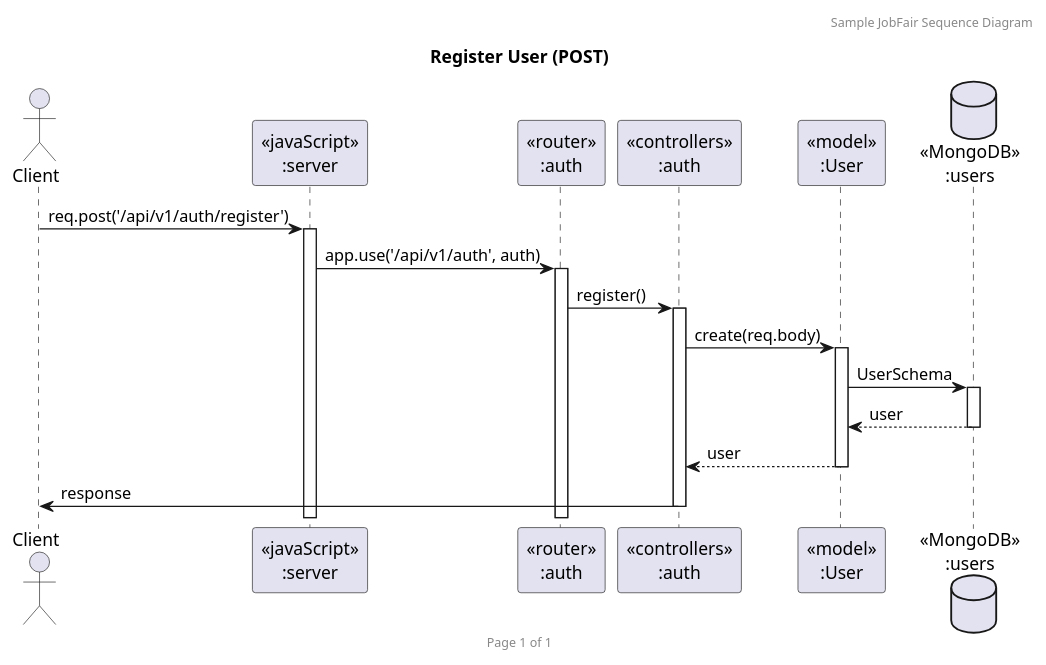
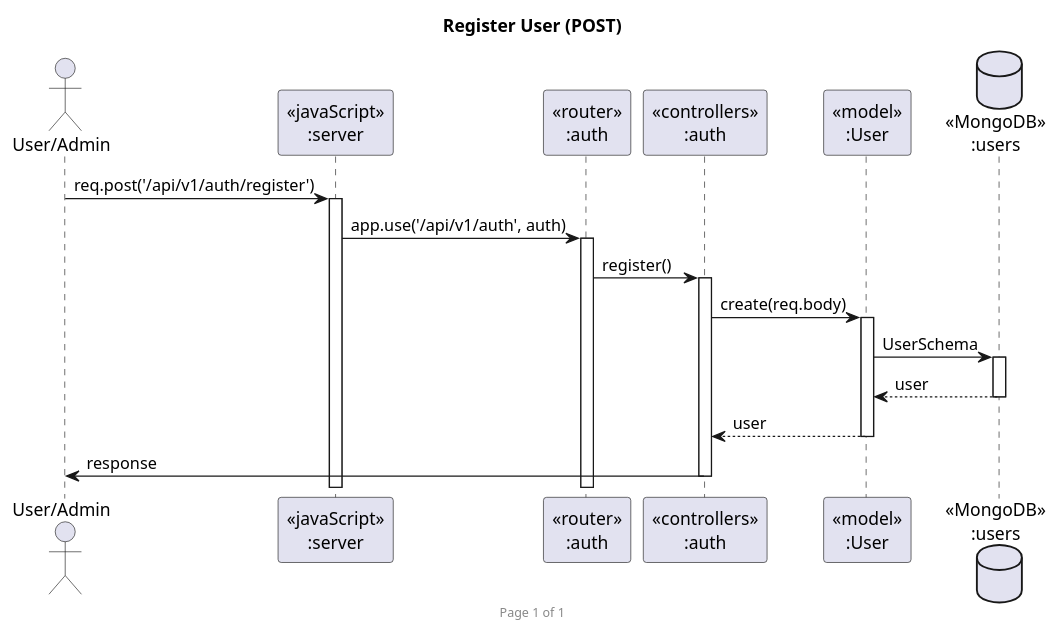
Before and after one commit to 2110503-CEDT68/be-project-68-vacq: the first of 15 diagrams in uml/sequence-diagram.puml, drawn with PlantUML. The commit also changed other lines of this file and 27 other files, not shown here.

Commit message:
Edit sequence diagram

```diff
--- a/uml/sequence-diagram.puml
+++ b/uml/sequence-diagram.puml
@@ -1,23 +1,22 @@
 @startuml Register User (POST)
 
-header Sample JobFair Sequence Diagram
 footer Page %page% of %lastpage%
 title "Register User (POST)"
 
-actor "Client" as client
+actor "User/Admin" as client
 participant "<<javaScript>>\n:server" as server
 participant "<<router>>\n:auth" as routerAuth
 participant "<<controllers>>\n:auth" as controllersAuth
 participant "<<model>>\n:User" as modelUser
 database "<<MongoDB>>\n:users" as UsersDatabase
 
 client->server ++: req.post('/api/v1/auth/register')
 server->routerAuth ++: app.use('/api/v1/auth', auth)
 routerAuth -> controllersAuth ++: register()
 controllersAuth->modelUser ++: create(req.body)
 modelUser ->UsersDatabase ++: UserSchema
 UsersDatabase --> modelUser --: user
 controllersAuth <-- modelUser --: user
 controllersAuth->client --: response
 
 @enduml
```
